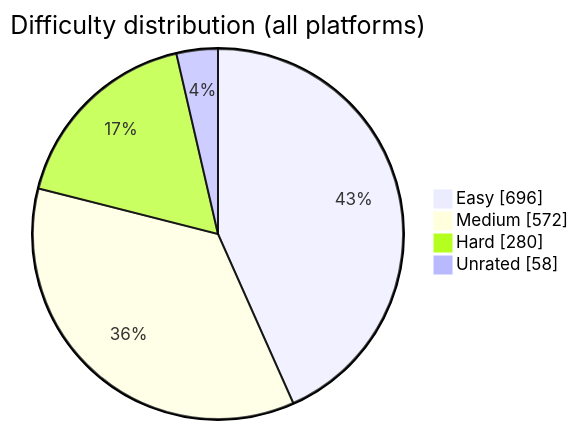
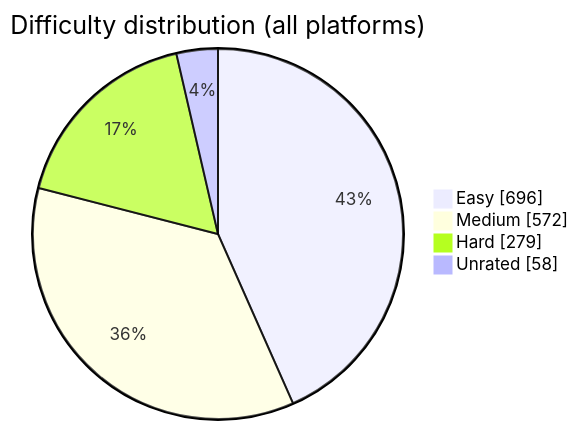
The diagram in README.md (BuildbyArindam/Daily-Coding-Log), drawn with Mermaid before and after one commit. The commit also changed other lines of this file, not shown here.

````diff
--- a/README.md
+++ b/README.md
@@ -93,7 +93,7 @@
 ```mermaid
 pie showData title Difficulty distribution (all platforms)
     "Easy" : 696
     "Medium" : 572
-    "Hard" : 280
+    "Hard" : 279
     "Unrated" : 58
 ```
````
